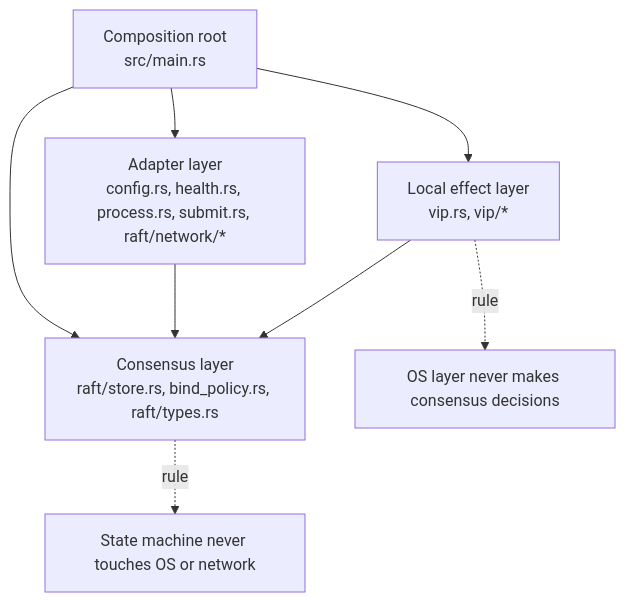
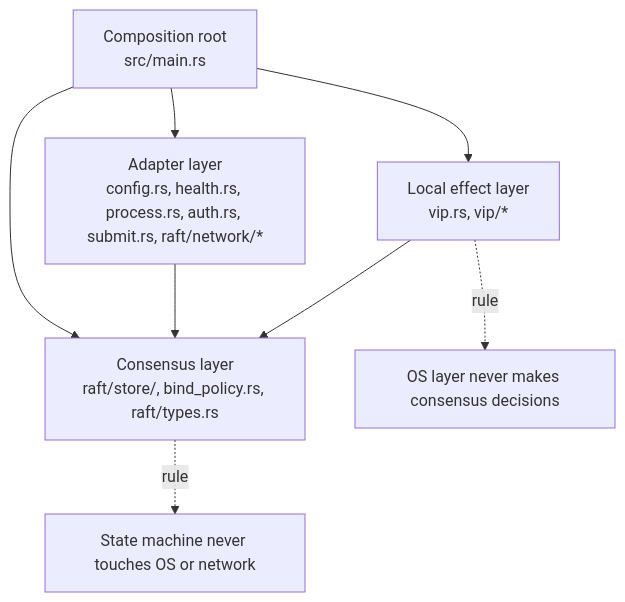
One commit to croit/keepAfloatD changed the second of 10 diagrams in ARCHITECTURE.md. Above: the diagram before and after it, drawn with Mermaid. The commit also changed other lines of this file and 254 other files, not shown here.

````diff
--- a/ARCHITECTURE.md
+++ b/ARCHITECTURE.md
@@ -55,19 +58,19 @@
 ```mermaid
 flowchart TB
   main[Composition root<br/>src/main.rs]
-  adapters[Adapter layer<br/>config.rs, health.rs, process.rs, submit.rs, raft/network/*]
+  adapters[Adapter layer<br/>config.rs, health.rs, process.rs, auth.rs, submit.rs, raft/network/*]
   effects[Local effect layer<br/>vip.rs, vip/*]
-  consensus[Consensus layer<br/>raft/store.rs, bind_policy.rs, raft/types.rs]
+  consensus[Consensus layer<br/>raft/store/, bind_policy.rs, raft/types.rs]
 
   main --> adapters
   main --> effects
   main --> consensus
 
   adapters --> consensus
   effects --> consensus
 
   rule1[State machine never touches OS or network]
   rule2[OS layer never makes consensus decisions]
   consensus -. rule .-> rule1
   effects -. rule .-> rule2
 ```
````
